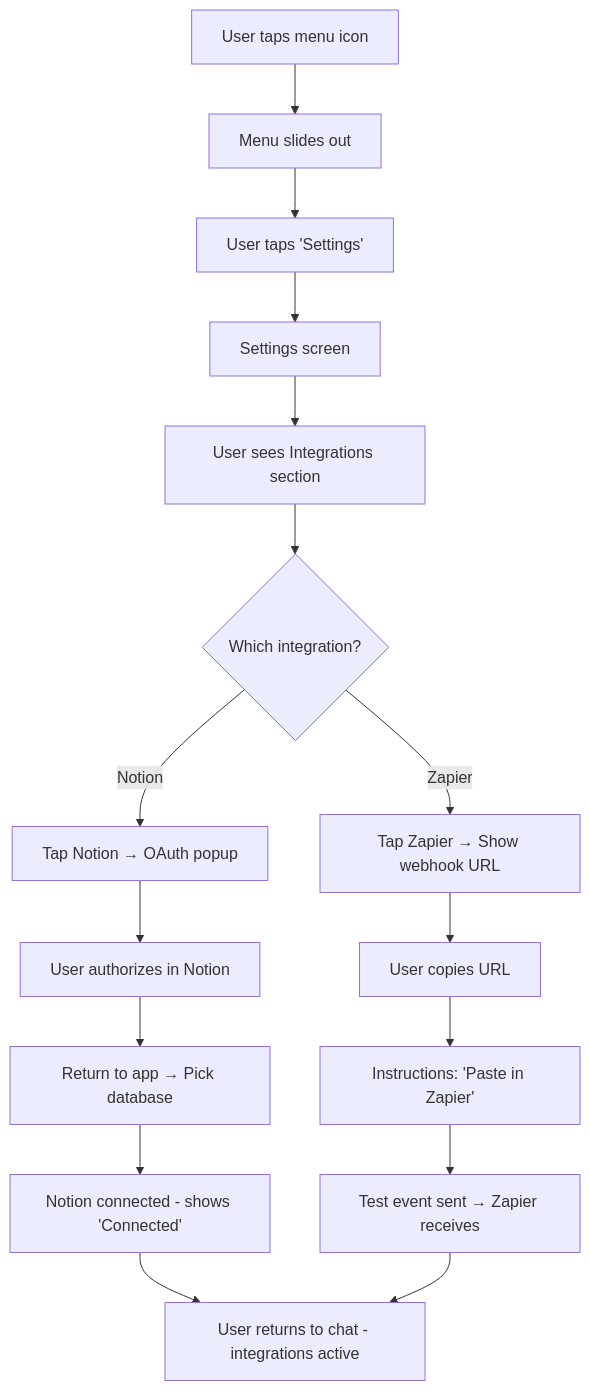
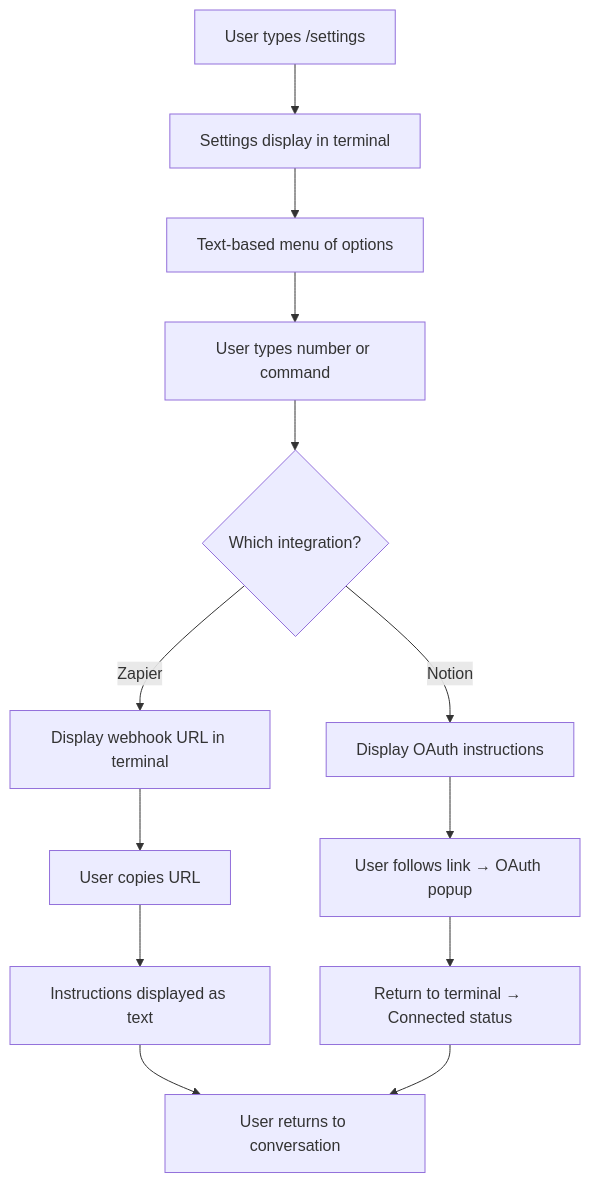
Before and after one commit to justinfinch-copoint/resolution-tracker: the third of 4 diagrams in _bmad-output/planning-artifacts/ux-design-specification.md, drawn with Mermaid. The commit also changed other lines of this file and 4 other files, not shown here.

````diff
--- a/_bmad-output/planning-artifacts/ux-design-specification.md
+++ b/_bmad-output/planning-artifacts/ux-design-specification.md
@@ -673,18 +715,15 @@
 ```mermaid
 flowchart TD
-    A[User taps menu icon] --> B[Menu slides out]
-    B --> C[User taps 'Settings']
-    C --> D[Settings screen]
-    D --> E[User sees Integrations section]
-    E --> F{Which integration?}
-    F -->|Notion| G[Tap Notion → OAuth popup]
-    G --> H[User authorizes in Notion]
-    H --> I[Return to app → Pick database]
-    I --> J[Notion connected - shows 'Connected']
-    F -->|Zapier| K[Tap Zapier → Show webhook URL]
-    K --> L[User copies URL]
-    L --> M[Instructions: 'Paste in Zapier']
-    M --> N[Test event sent → Zapier receives]
-    J --> O[User returns to chat - integrations active]
-    N --> O
+    A[User types /settings] --> B[Settings display in terminal]
+    B --> C[Text-based menu of options]
+    C --> D[User types number or command]
+    D --> E{Which integration?}
+    E -->|Notion| F[Display OAuth instructions]
+    F --> G[User follows link → OAuth popup]
+    G --> H[Return to terminal → Connected status]
+    E -->|Zapier| I[Display webhook URL in terminal]
+    I --> J[User copies URL]
+    J --> K[Instructions displayed as text]
+    K --> L[User returns to conversation]
+    H --> L
 ```
````
